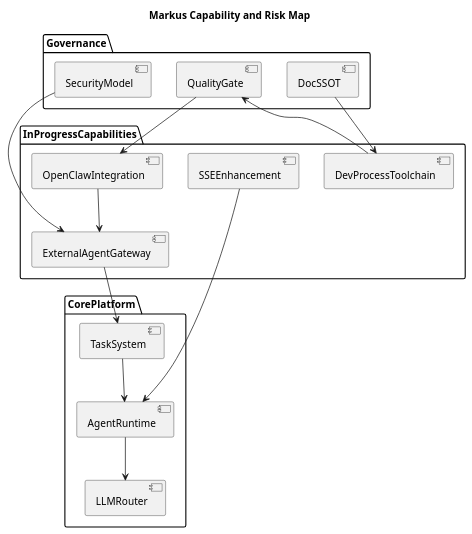
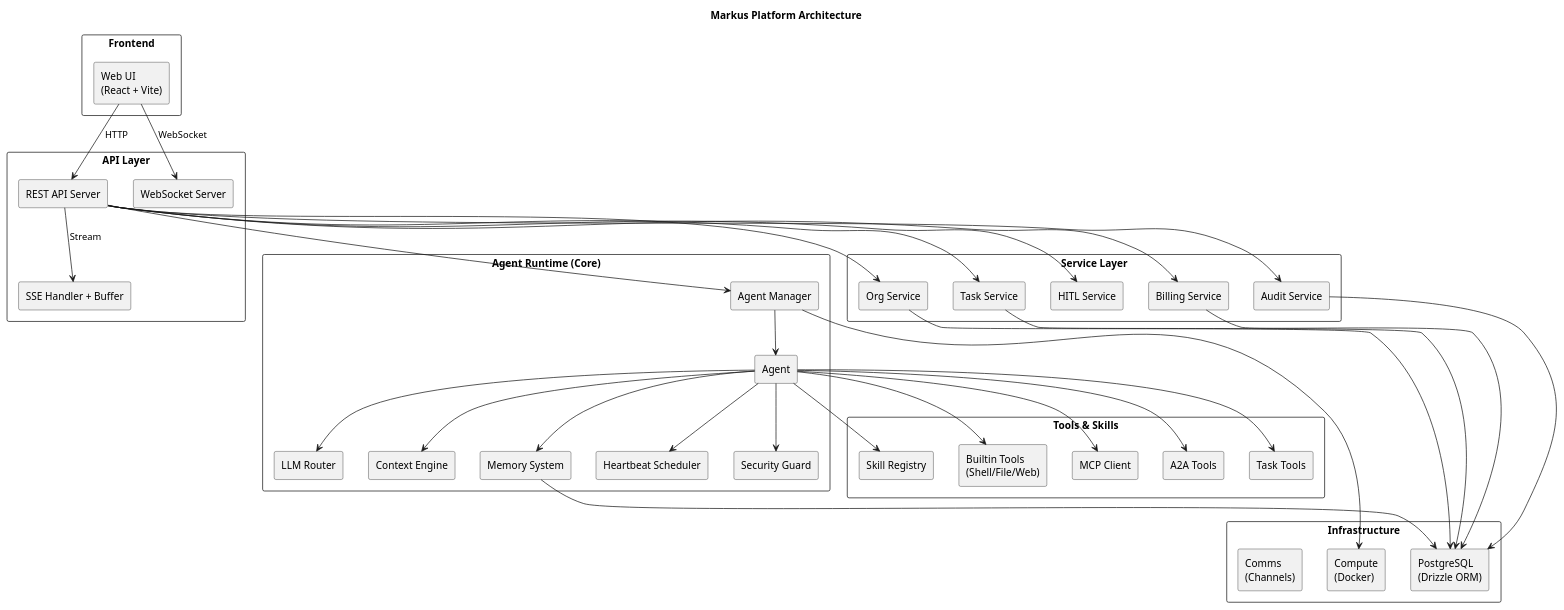
The first of 2 diagrams in docs/product-strategy-and-roadmap-202603.md (markus-global/markus), drawn with PlantUML before and after one commit. The commit also changed other lines of this file, not shown here.

First line of the commit message:
docs: optimize product strategy - add architecture details, concrete Phase 1 design

````diff
--- a/docs/product-strategy-and-roadmap-202603.md
+++ b/docs/product-strategy-and-roadmap-202603.md
@@ -269,37 +80,83 @@
 ```plantuml
 @startuml
-title Markus Capability and Risk Map
+title Markus Platform Architecture
 
-package "CorePlatform" {
-  [TaskSystem]
-  [AgentRuntime]
-  [LLMRouter]
+skinparam packageStyle rectangle
+skinparam componentStyle rectangle
+
+package "Frontend" {
+  [Web UI\n(React + Vite)] as WebUI
 }
 
-package "InProgressCapabilities" {
-  [OpenClawIntegration]
-  [ExternalAgentGateway]
-  [SSEEnhancement]
-  [DevProcessToolchain]
+package "API Layer" {
+  [REST API Server] as API
+  [WebSocket Server] as WS
+  [SSE Handler + Buffer] as SSE
 }
 
-package "Governance" {
-  [QualityGate]
-  [DocSSOT]
-  [SecurityModel]
+package "Service Layer" {
+  [Org Service] as OrgSvc
+  [Task Service] as TaskSvc
+  [HITL Service] as HITLSvc
+  [Billing Service] as BillSvc
+  [Audit Service] as AuditSvc
 }
 
-[TaskSystem] --> [AgentRuntime]
-[AgentRuntime] --> [LLMRouter]
+package "Agent Runtime (Core)" {
+  [Agent Manager] as AM
+  [Agent] as Agt
+  [LLM Router] as LLM
+  [Context Engine] as Ctx
+  [Memory System] as Mem
+  [Heartbeat Scheduler] as HB
+  [Security Guard] as Sec
+}
 
-[OpenClawIntegration] --> [ExternalAgentGateway]
-[ExternalAgentGateway] --> [TaskSystem]
-[SSEEnhancement] --> [AgentRuntime]
-[DevProcessToolchain] --> [QualityGate]
+package "Tools & Skills" {
+  [Builtin Tools\n(Shell/File/Web)] as BTools
+  [MCP Client] as MCP
+  [A2A Tools] as A2A
+  [Task Tools] as TTools
+  [Skill Registry] as Skills
+}
 
-[QualityGate] --> [OpenClawIntegration]
-[DocSSOT] --> [DevProcessToolchain]
-[SecurityModel] --> [ExternalAgentGateway]
+package "Infrastructure" {
+  [PostgreSQL\n(Drizzle ORM)] as DB
+  [Compute\n(Docker)] as Compute
+  [Comms\n(Channels)] as Comms
+}
+
+WebUI --> API : HTTP
+WebUI --> WS : WebSocket
+API --> SSE : Stream
+
+API --> OrgSvc
+API --> TaskSvc
+API --> HITLSvc
+API --> BillSvc
+API --> AuditSvc
+
+API --> AM
+AM --> Agt
+Agt --> LLM
+Agt --> Ctx
+Agt --> Mem
+Agt --> HB
+Agt --> Sec
+
+Agt --> BTools
+Agt --> MCP
+Agt --> A2A
+Agt --> TTools
+Agt --> Skills
+
+OrgSvc --> DB
+TaskSvc --> DB
+AuditSvc --> DB
+BillSvc --> DB
+Mem --> DB
+
+AM --> Compute
 
 @enduml
 ```
````
